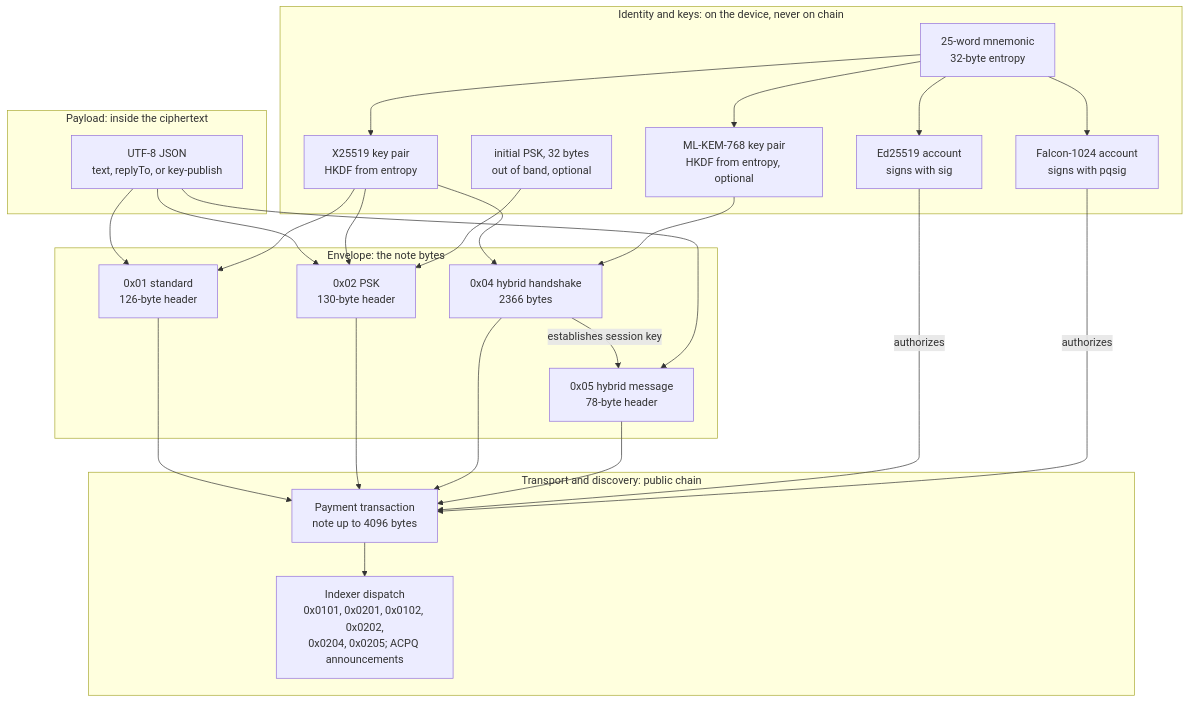
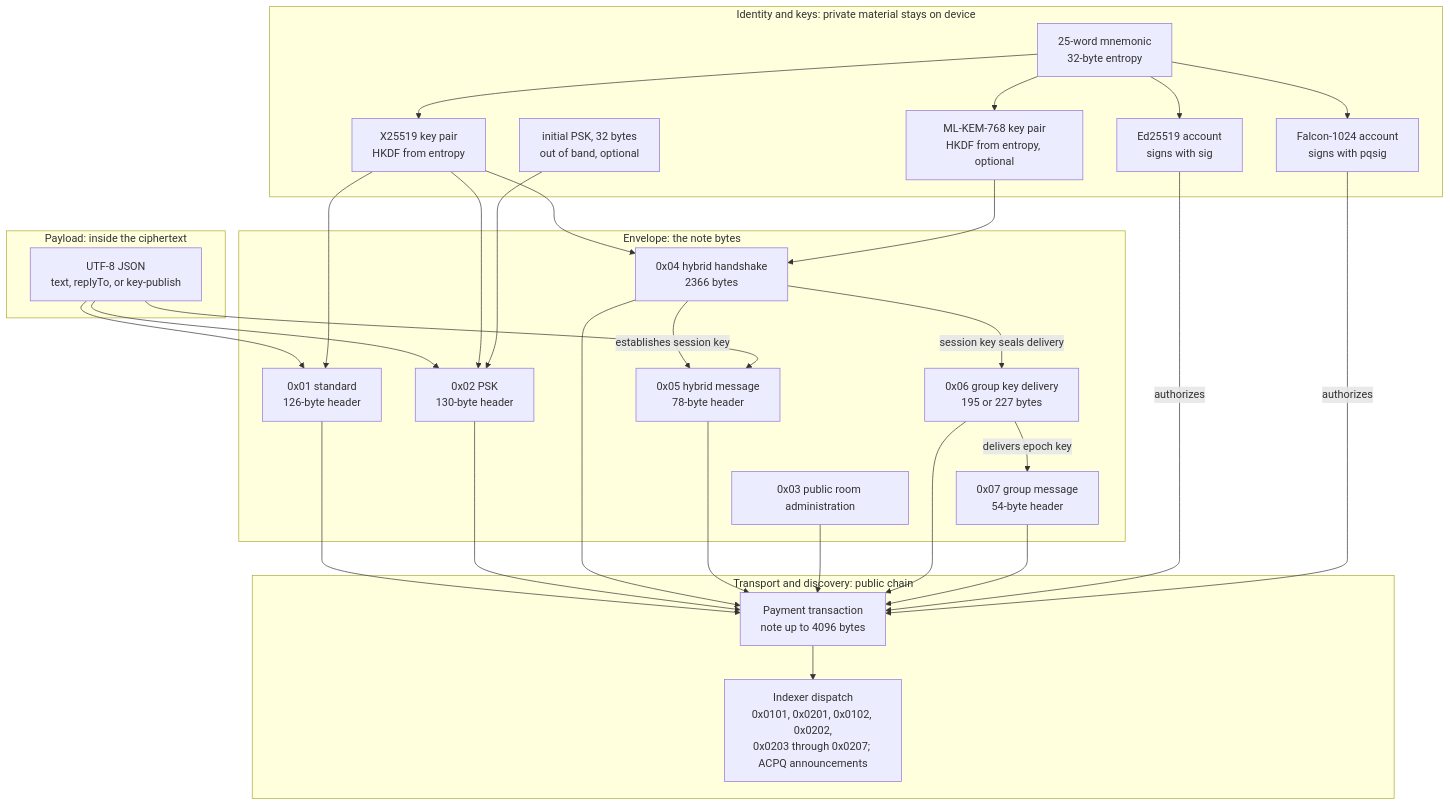
The third of 15 diagrams in docs/HLD.md (CorvidLabs/algochat), drawn with Mermaid before and after one commit. The commit also changed other lines of this file and 23 other files, not shown here.

````diff
--- a/docs/HLD.md
+++ b/docs/HLD.md
@@ -96,44 +100,52 @@
 ```mermaid
 flowchart TB
-    subgraph L1["Identity and keys: on the device, never on chain"]
+    subgraph L1["Identity and keys: private material stays on device"]
         MN["25-word mnemonic<br/>32-byte entropy"]
         XK["X25519 key pair<br/>HKDF from entropy"]
         ED["Ed25519 account<br/>signs with sig"]
         FA["Falcon-1024 account<br/>signs with pqsig"]
         PSK["initial PSK, 32 bytes<br/>out of band, optional"]
         MK["ML-KEM-768 key pair<br/>HKDF from entropy, optional"]
     end
     subgraph L2["Payload: inside the ciphertext"]
         PL["UTF-8 JSON<br/>text, replyTo, or key-publish"]
     end
     subgraph L3["Envelope: the note bytes"]
         E1["0x01 standard<br/>126-byte header"]
         E2["0x02 PSK<br/>130-byte header"]
         E4["0x04 hybrid handshake<br/>2366 bytes"]
         E5["0x05 hybrid message<br/>78-byte header"]
+        E3["0x03 public room administration"]
+        E6["0x06 group key delivery<br/>195 or 227 bytes"]
+        E7["0x07 group message<br/>54-byte header"]
     end
     subgraph L4["Transport and discovery: public chain"]
         TX["Payment transaction<br/>note up to 4096 bytes"]
-        DISC["Indexer dispatch<br/>0x0101, 0x0201, 0x0102, 0x0202,<br/>0x0204, 0x0205; ACPQ announcements"]
+        DISC["Indexer dispatch<br/>0x0101, 0x0201, 0x0102, 0x0202,<br/>0x0203 through 0x0207; ACPQ announcements"]
     end
     MN --> XK
     MN --> ED
     MN --> FA
     MN --> MK
     PL --> E1
     PL --> E2
     XK --> E1
     XK --> E2
     PSK --> E2
     E1 --> TX
     E2 --> TX
     XK --> E4
     MK --> E4
     E4 -- "establishes session key" --> E5
     PL --> E5
     E4 --> TX
     E5 --> TX
+    E3 --> TX
+    E4 -- "session key seals delivery" --> E6
+    E6 -- "delivers epoch key" --> E7
+    E6 --> TX
+    E7 --> TX
     ED -- "authorizes" --> TX
     FA -- "authorizes" --> TX
     TX --> DISC
 ```
````
